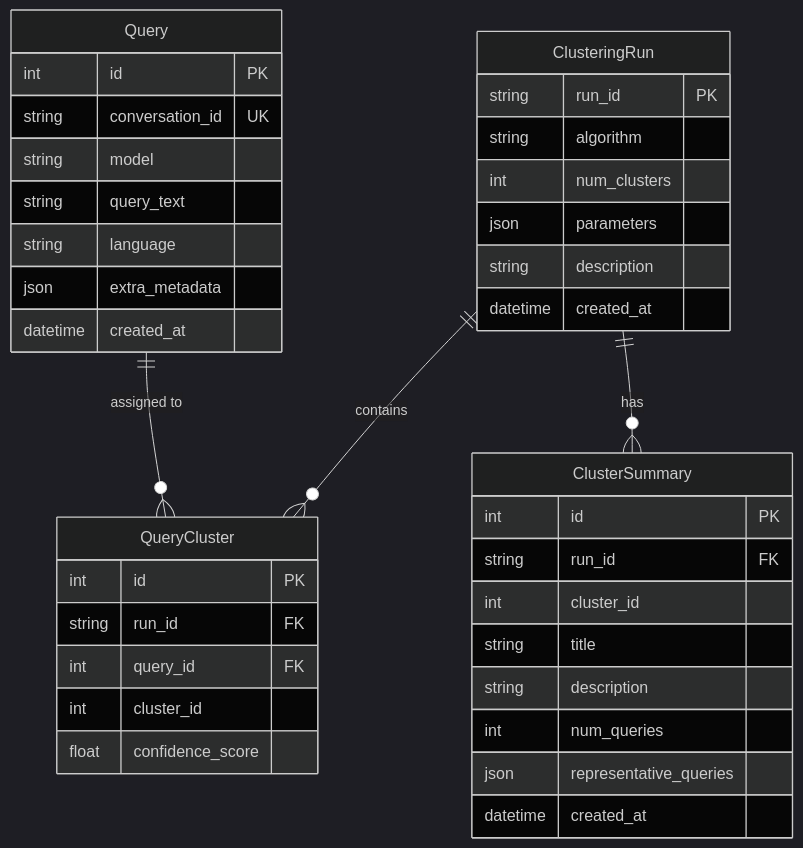
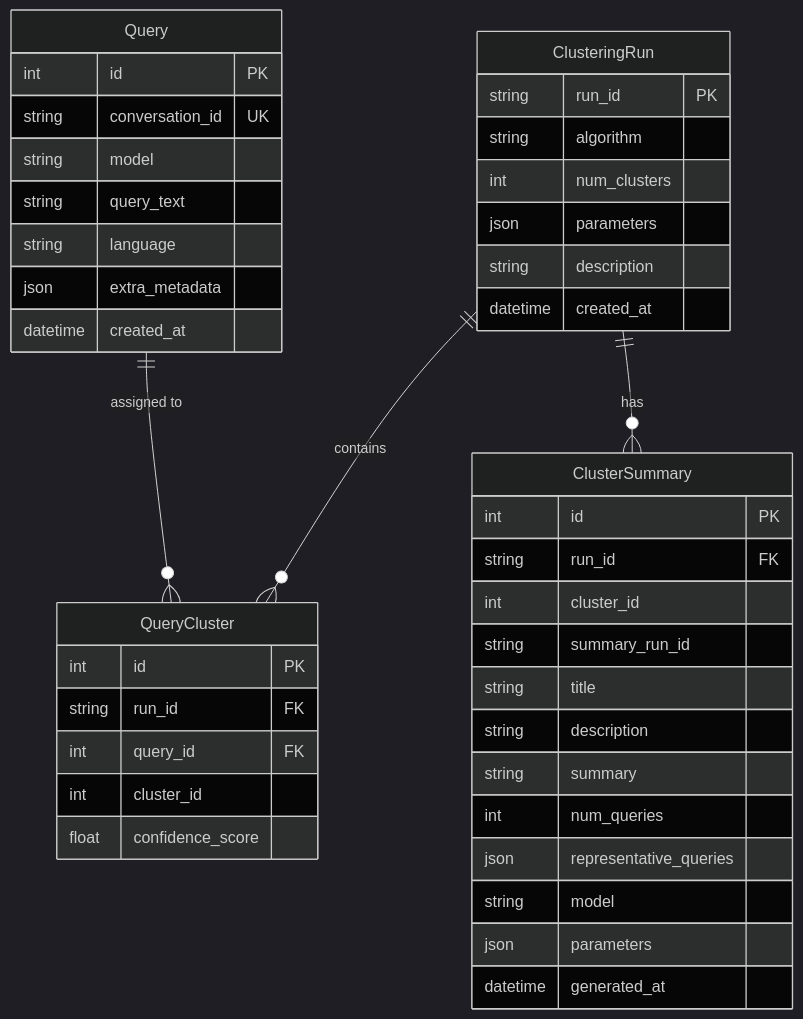
One commit to jxnl/lmsys-query-analysis changed the diagram in docs/api/models.md. Above: the diagram before and after it, drawn with Mermaid (dark theme). The commit also changed other lines of this file and 5 other files, not shown here.

````diff
--- a/docs/api/models.md
+++ b/docs/api/models.md
@@ -124,44 +154,48 @@
 ```mermaid
 erDiagram
     Query ||--o{ QueryCluster : "assigned to"
     ClusteringRun ||--o{ QueryCluster : "contains"
     ClusteringRun ||--o{ ClusterSummary : "has"
 
     Query {
         int id PK
         string conversation_id UK
         string model
         string query_text
         string language
         json extra_metadata
         datetime created_at
     }
 
     ClusteringRun {
         string run_id PK
         string algorithm
         int num_clusters
         json parameters
         string description
         datetime created_at
     }
 
     QueryCluster {
         int id PK
         string run_id FK
         int query_id FK
         int cluster_id
         float confidence_score
     }
 
     ClusterSummary {
         int id PK
         string run_id FK
         int cluster_id
+        string summary_run_id
         string title
         string description
+        string summary
         int num_queries
         json representative_queries
-        datetime created_at
+        string model
+        json parameters
+        datetime generated_at
     }
 ```
````
